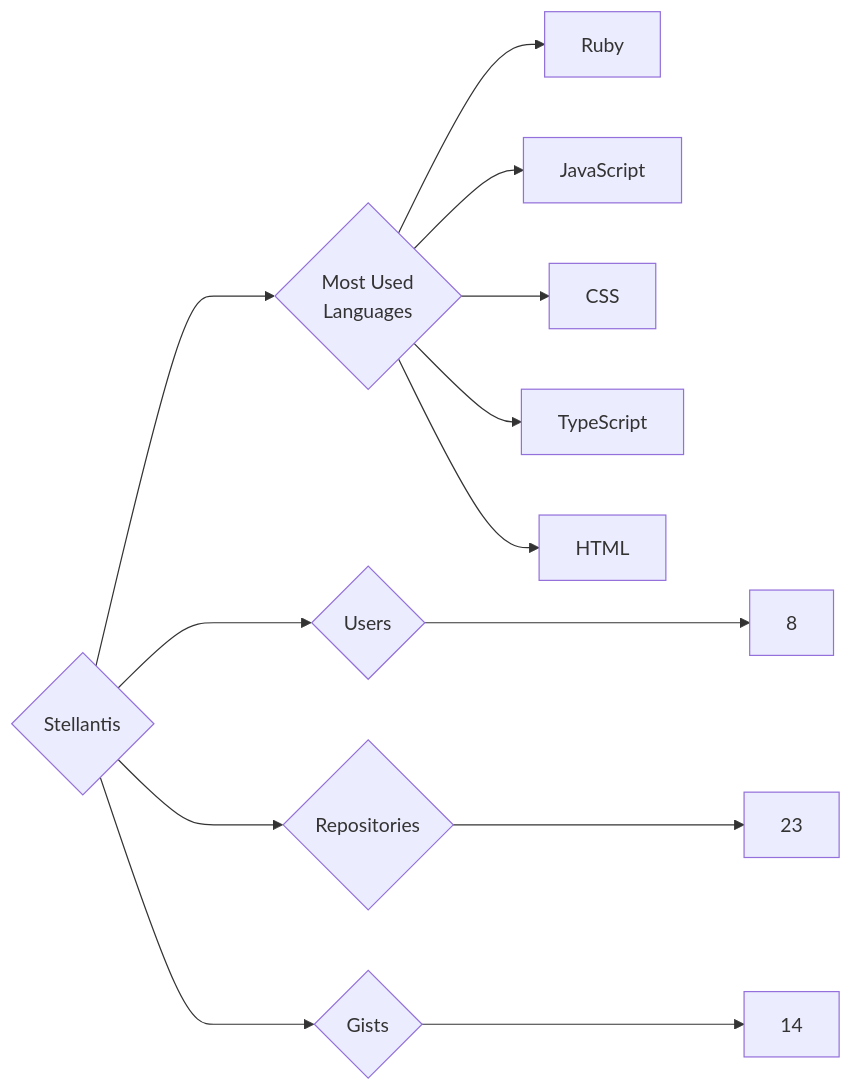
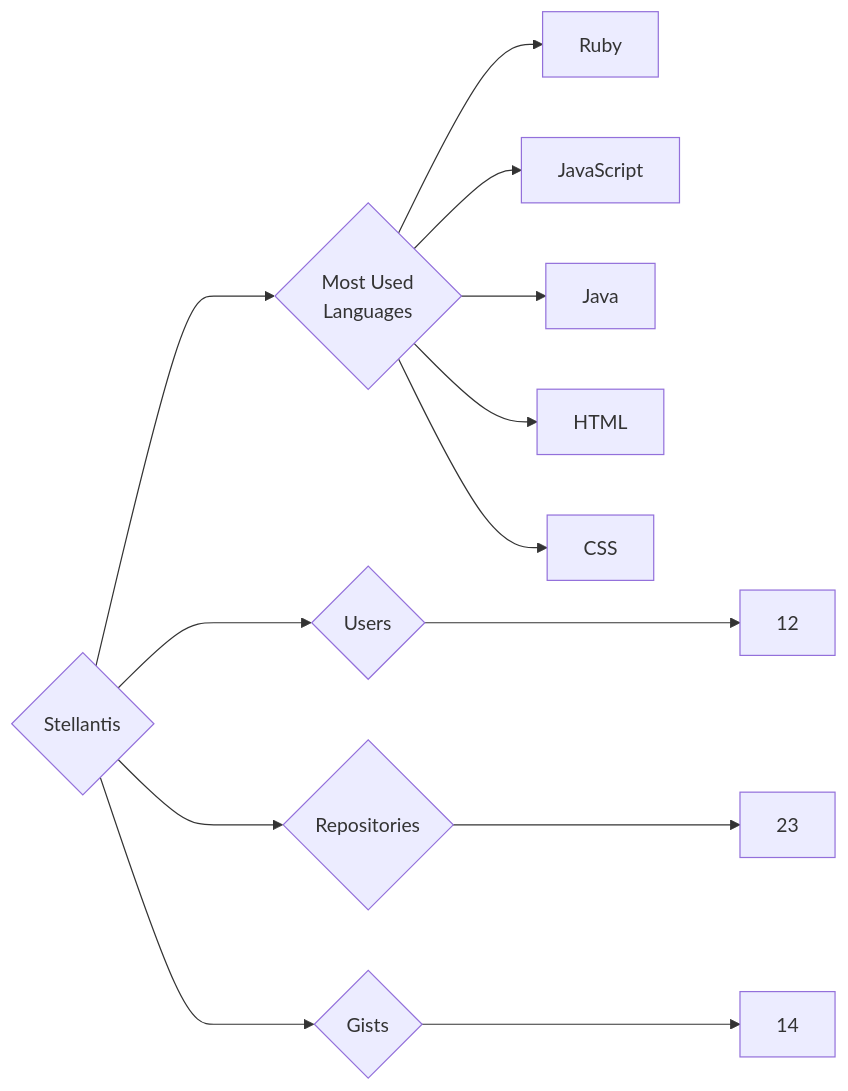
One commit to trickest/insiders changed the diagram in targets/Stellantis/README.md. Above: the diagram before and after it, drawn with Mermaid. The commit also changed 752 other files, not shown here.

````diff
--- a/targets/Stellantis/README.md
+++ b/targets/Stellantis/README.md
@@ -3,13 +3,13 @@
 ```mermaid
 graph LR
 COMPANY_NAME{Stellantis}
-COMPANY_NAME ---> U{Users} ---> UN[8]
+COMPANY_NAME ---> U{Users} ---> UN[12]
 COMPANY_NAME ---> R{Repositories} ---> RN[23]
 COMPANY_NAME ---> G{Gists} ---> GN[14]
 COMPANY_NAME ---> ML{Most Used<br>Languages}
 ML --> Ruby[Ruby]
 ML --> JavaScript[JavaScript]
+ML --> Java[Java]
+ML --> HTML[HTML]
 ML --> CSS[CSS]
-ML --> TypeScript[TypeScript]
-ML --> HTML[HTML]
 ```
````
